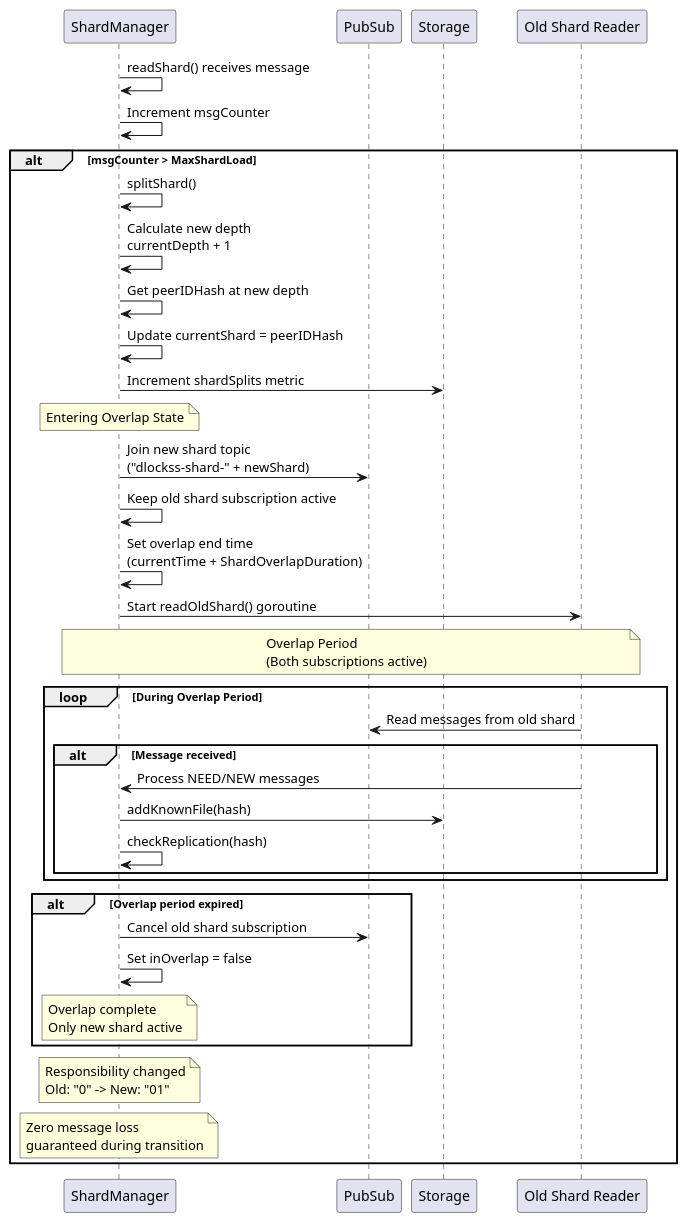
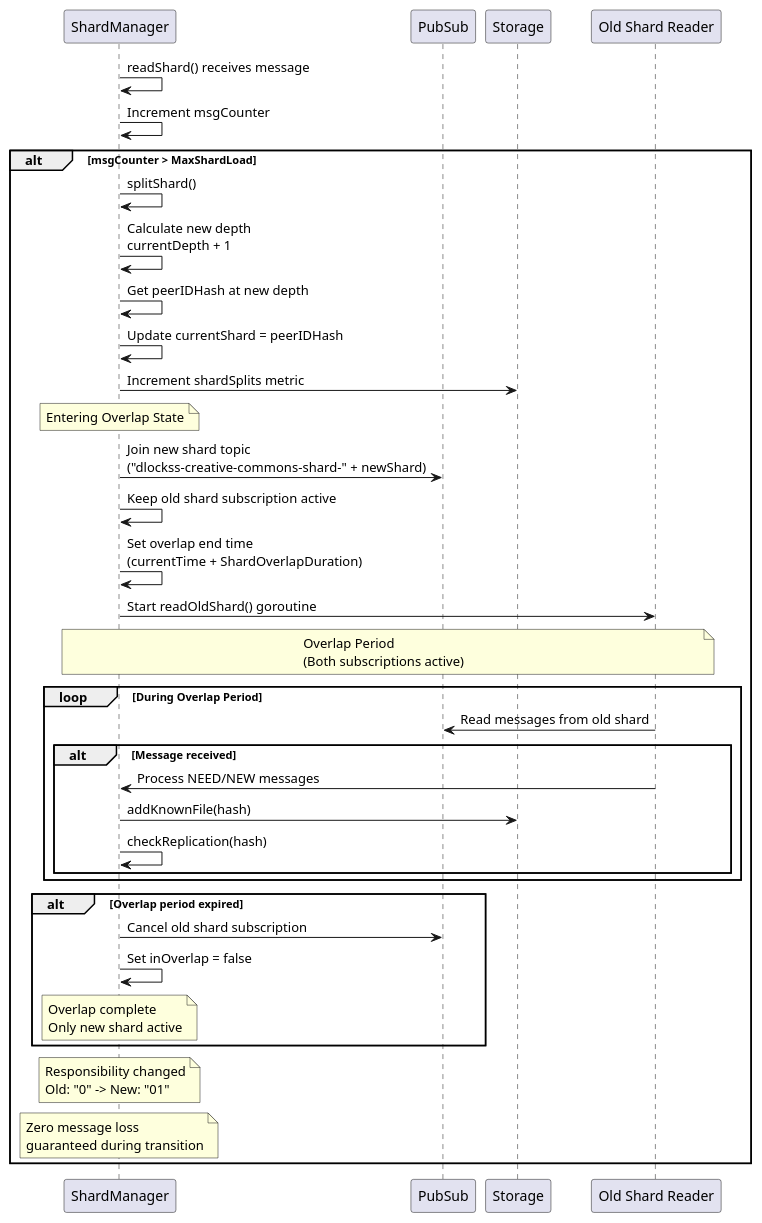
Before and after one commit to gipplab/D-LOCKSS: the diagram in docs/shard_split_sequence.puml, drawn with PlantUML. The commit also changed 7 other files, not shown here.

Commit message:
- added recursive data folder checks - added creative-commons prefix

```diff
--- a/docs/shard_split_sequence.puml
+++ b/docs/shard_split_sequence.puml
@@ -1,46 +1,46 @@
 @startuml Shard Split Sequence
 
 participant "ShardManager" as ShardMgr
 participant "PubSub" as PubSub
 participant "Storage" as Storage
 participant "Old Shard Reader" as OldReader
 
 ShardMgr -> ShardMgr: readShard() receives message
 ShardMgr -> ShardMgr: Increment msgCounter
 
 alt msgCounter > MaxShardLoad
     ShardMgr -> ShardMgr: splitShard()
     ShardMgr -> ShardMgr: Calculate new depth\ncurrentDepth + 1
     ShardMgr -> ShardMgr: Get peerIDHash at new depth
     ShardMgr -> ShardMgr: Update currentShard = peerIDHash
     ShardMgr -> Storage: Increment shardSplits metric
     
     Note over ShardMgr: Entering Overlap State
     
-    ShardMgr -> PubSub: Join new shard topic\n("dlockss-shard-" + newShard)
+    ShardMgr -> PubSub: Join new shard topic\n("dlockss-creative-commons-shard-" + newShard)
     ShardMgr -> ShardMgr: Keep old shard subscription active
     ShardMgr -> ShardMgr: Set overlap end time\n(currentTime + ShardOverlapDuration)
     ShardMgr -> OldReader: Start readOldShard() goroutine
     
     Note over ShardMgr,OldReader: Overlap Period\n(Both subscriptions active)
     
     loop During Overlap Period
         OldReader -> PubSub: Read messages from old shard
         alt Message received
             OldReader -> ShardMgr: Process NEED/NEW messages
             ShardMgr -> Storage: addKnownFile(hash)
             ShardMgr -> ShardMgr: checkReplication(hash)
         end
     end
     
     alt Overlap period expired
         ShardMgr -> PubSub: Cancel old shard subscription
         ShardMgr -> ShardMgr: Set inOverlap = false
         Note over ShardMgr: Overlap complete\nOnly new shard active
     end
     
     Note over ShardMgr: Responsibility changed\nOld: "0" -> New: "01"
     Note over ShardMgr: Zero message loss\nguaranteed during transition
 end
 
 @enduml
```
